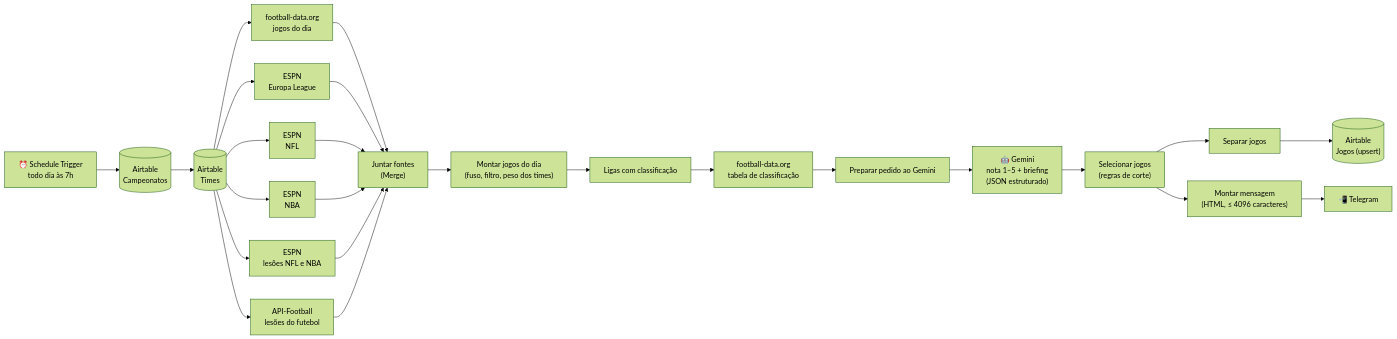
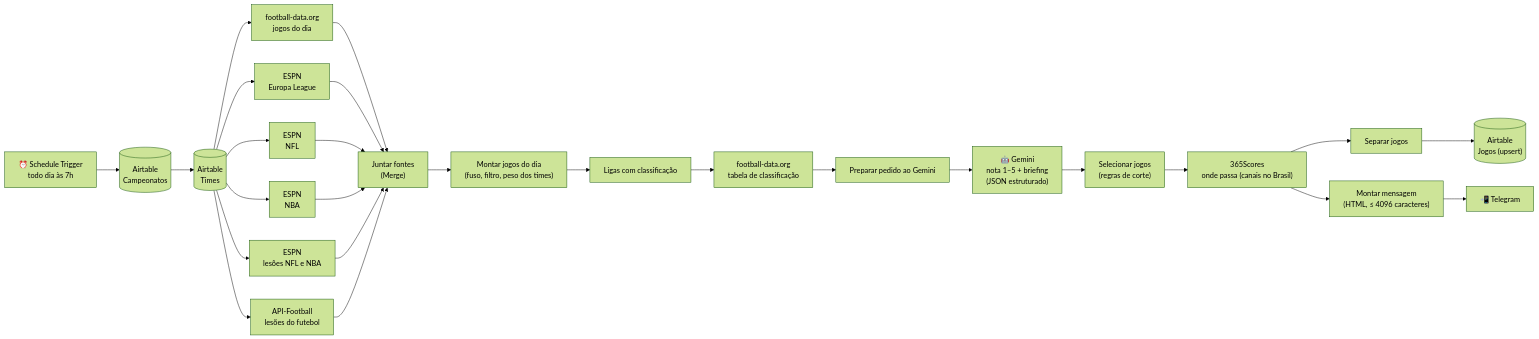
One commit to bernard-014/pauta-de-jogos changed the diagram in README.md. Above: the diagram before and after it, drawn with Mermaid (forest theme). The commit also changed other lines of this file and 9 other files, not shown here.

First line of the commit message:
Adiciona a transmissão dos jogos via 365Scores

````diff
--- a/README.md
+++ b/README.md
@@ -50,25 +50,26 @@
 ```mermaid
 flowchart LR
     T["⏰ Schedule Trigger<br/>todo dia às 7h"] --> C[("Airtable<br/>Campeonatos")]
     C --> TM[("Airtable<br/>Times")]
     TM --> FD["football-data.org<br/>jogos do dia"]
     TM --> ES["ESPN<br/>Europa League"]
     TM --> NF["ESPN<br/>NFL"]
     TM --> NB["ESPN<br/>NBA"]
     TM --> LE["ESPN<br/>lesões NFL e NBA"]
     TM --> AF["API-Football<br/>lesões do futebol"]
     FD --> JF["Juntar fontes<br/>(Merge)"]
     ES --> JF
     NF --> JF
     NB --> JF
     LE --> JF
     AF --> JF
     JF --> MJ["Montar jogos do dia<br/>(fuso, filtro, peso dos times)"]
     MJ --> LC["Ligas com classificação"]
     LC --> CL["football-data.org<br/>tabela de classificação"]
     CL --> PG["Preparar pedido ao Gemini"]
     PG --> G["🤖 Gemini<br/>nota 1–5 + briefing<br/>(JSON estruturado)"]
     G --> SJ["Selecionar jogos<br/>(regras de corte)"]
-    SJ --> SA["Separar jogos"] --> AT[("Airtable<br/>Jogos (upsert)")]
-    SJ --> MM["Montar mensagem<br/>(HTML, ≤ 4096 caracteres)"] --> TG["📲 Telegram"]
+    SJ --> TV["365Scores<br/>onde passa (canais no Brasil)"]
+    TV --> SA["Separar jogos"] --> AT[("Airtable<br/>Jogos (upsert)")]
+    TV --> MM["Montar mensagem<br/>(HTML, ≤ 4096 caracteres)"] --> TG["📲 Telegram"]
 ```
````
